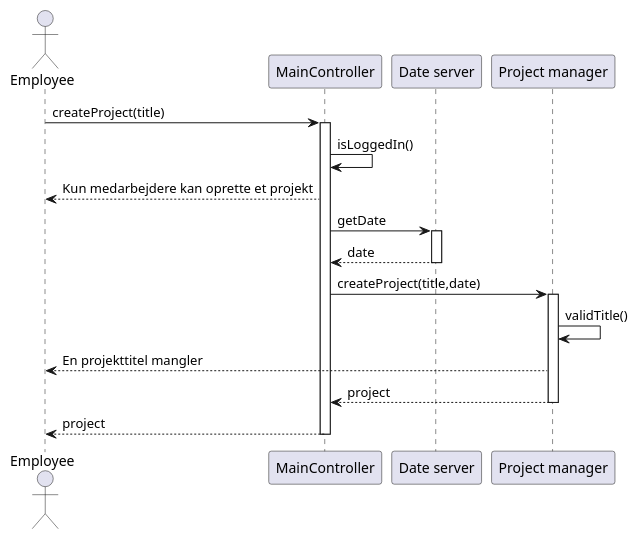
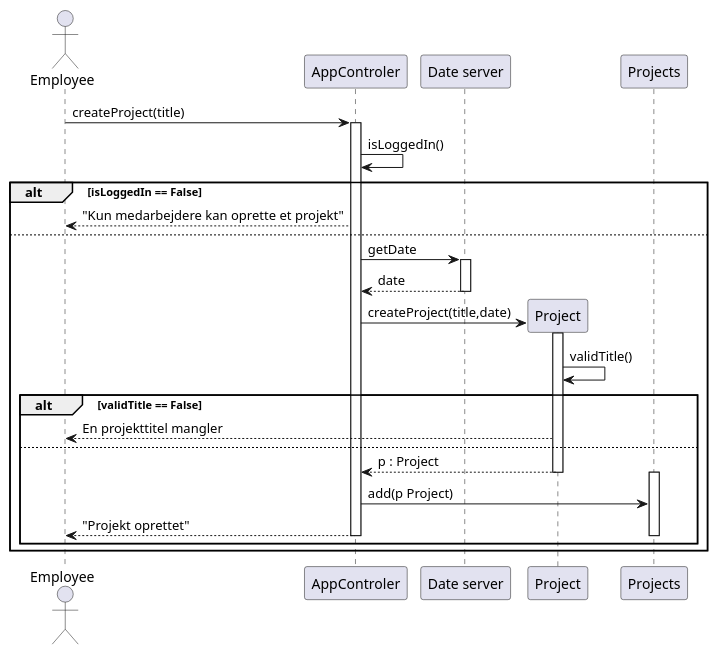
One commit to rwiuff/02161ExamProject changed the diagram in RequirementsAndDesign/SequenceDiagrams/seq_create_project.puml. Above: the diagram before and after it, drawn with PlantUML. The commit also changed 38 other files, not shown here.

Commit message:
Cleanup in graphics

```diff
--- a/RequirementsAndDesign/SequenceDiagrams/seq_create_project.puml
+++ b/RequirementsAndDesign/SequenceDiagrams/seq_create_project.puml
@@ -1,27 +1,34 @@
-@startuml
+@startuml CreateProject
 actor "Employee" as e
-participant "MainController" as app
+participant "AppControler" as app
 participant "Date server" as ds
-participant "Project manager" as pm
+participant "Project" as pm
+participant "Projects" as pms
 
 e -> app : createProject(title)
 activate app
-
 app -> app : isLoggedIn()
-app --> e : Kun medarbejdere kan oprette et projekt
-
+alt isLoggedIn == False
+app --> e : "Kun medarbejdere kan oprette et projekt"
+else
 app -> ds : getDate
 activate ds
 return date 
 
-app -> pm : createProject(title,date)
+app -> pm** : createProject(title,date)
 activate pm 
 
 pm -> pm : validTitle()
+alt validTitle == False
 pm --> e : En projekttitel mangler
-
-return project
-
-return project
-
+else
+pm --> app : p : Project
+deactivate pm
+activate pms
+app -> pms : add(p Project)
+app --> e : "Projekt oprettet"
+deactivate pms
+deactivate app
+end
+end
 @enduml
```
